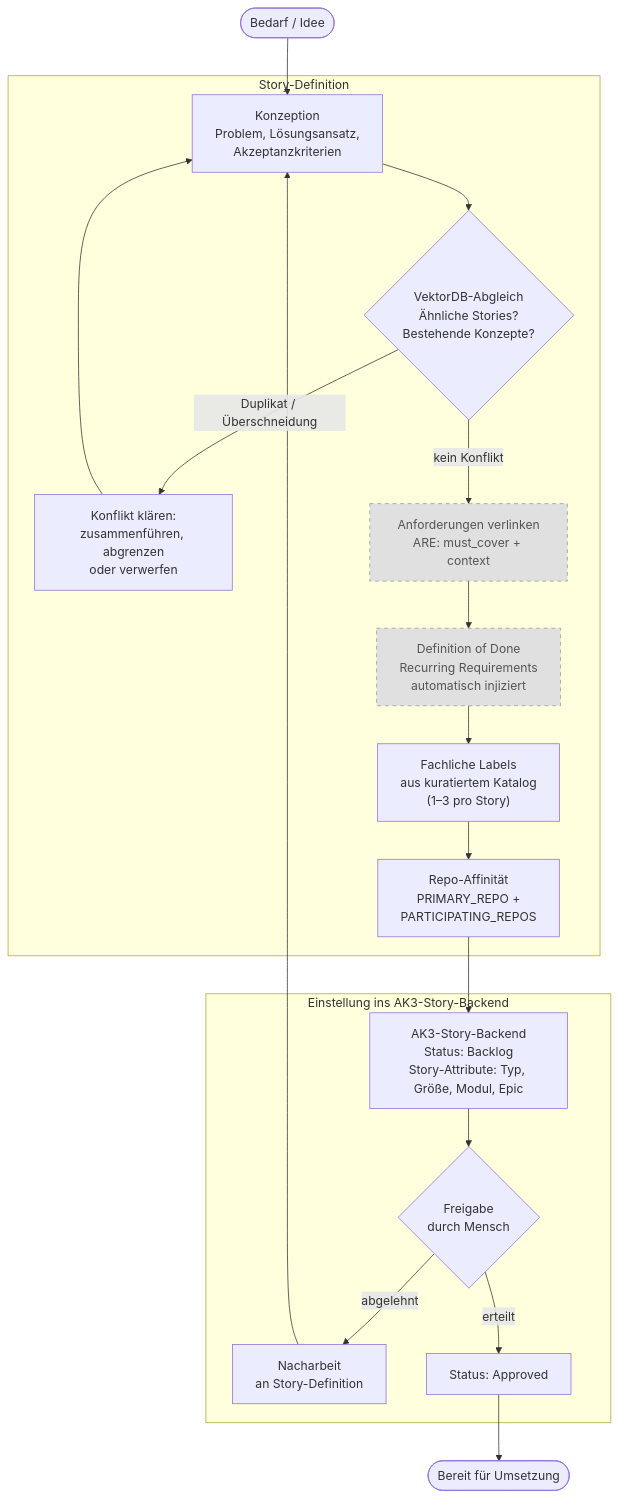
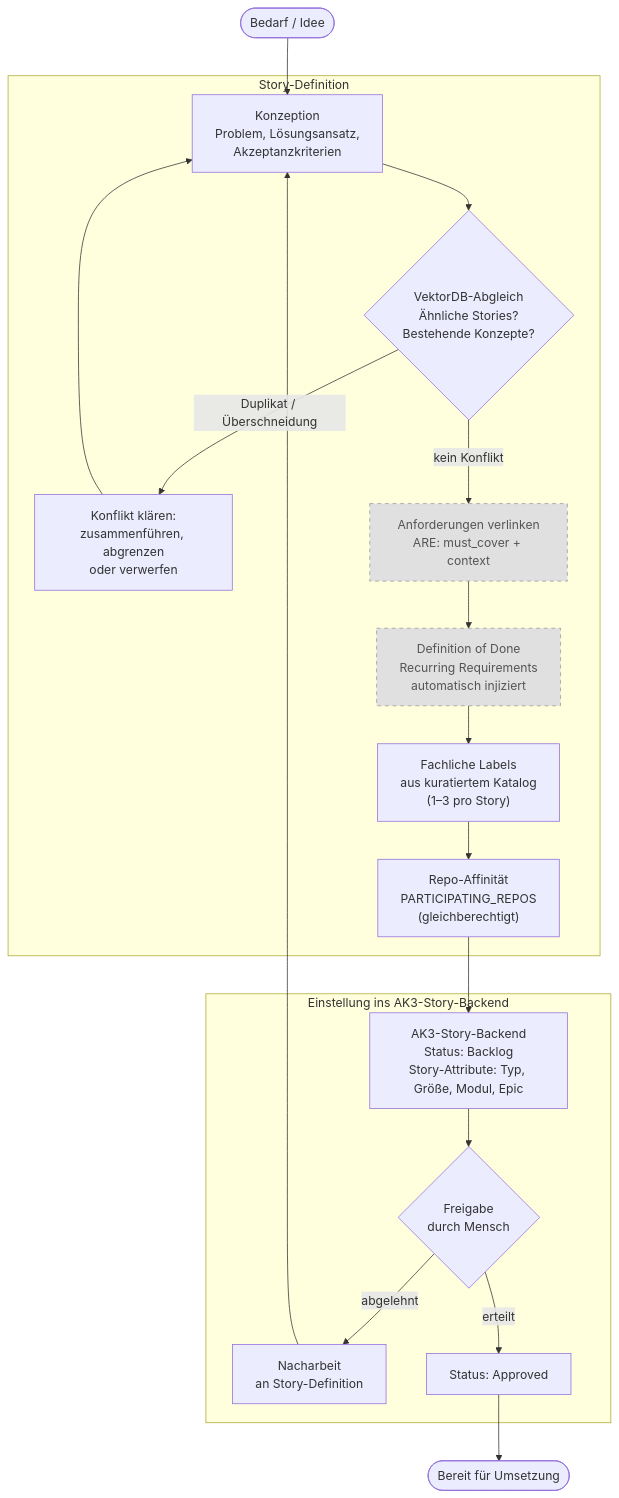
The diagram in concept/domain-design/10-story-lifecycle-und-erstellung.md (saltenhof/claude-agentkit3), drawn with Mermaid before and after one commit. The commit also changed other lines of this file and 11 other files, not shown here.

````diff
--- a/concept/domain-design/10-story-lifecycle-und-erstellung.md
+++ b/concept/domain-design/10-story-lifecycle-und-erstellung.md
@@ -90,30 +90,30 @@
 ```mermaid
 flowchart TD
     classDef optional fill:#e0e0e0,stroke:#999,stroke-dasharray: 5 5,color:#555
 
     TRIGGER([Bedarf / Idee]) --> KONZEPT
 
     subgraph DEFINITION [Story-Definition]
         KONZEPT["Konzeption<br/>Problem, Lösungsansatz,<br/>Akzeptanzkriterien"]
         KONZEPT --> VEKTORDB{"VektorDB-Abgleich<br/>Ähnliche Stories?<br/>Bestehende Konzepte?"}
         VEKTORDB -->|Duplikat / Überschneidung| REVIEW_CONFLICT["Konflikt klären:<br/>zusammenführen, abgrenzen<br/>oder verwerfen"]
         REVIEW_CONFLICT --> KONZEPT
         VEKTORDB -->|kein Konflikt| ANFORDERUNGEN
         ANFORDERUNGEN["Anforderungen verlinken<br/>ARE: must_cover + context"]:::optional
         ANFORDERUNGEN --> DOD["Definition of Done<br/>Recurring Requirements<br/>automatisch injiziert"]:::optional
         DOD --> LABELS["Fachliche Labels<br/>aus kuratiertem Katalog<br/>(1–3 pro Story)"]
-        LABELS --> REPO_AFF["Repo-Affinität<br/>PRIMARY_REPO +<br/>PARTICIPATING_REPOS"]
+        LABELS --> REPO_AFF["Repo-Affinität<br/>PARTICIPATING_REPOS<br/>(gleichberechtigt)"]
     end
 
     REPO_AFF --> PROJECT
 
     subgraph EINSTELLUNG [Einstellung ins AK3-Story-Backend]
         PROJECT["AK3-Story-Backend<br/>Status: Backlog<br/>Story-Attribute: Typ, Größe, Modul, Epic"]
         PROJECT --> FREIGABE{"Freigabe<br/>durch Mensch"}
         FREIGABE -->|abgelehnt| REWORK["Nacharbeit<br/>an Story-Definition"]
         REWORK --> KONZEPT
         FREIGABE -->|erteilt| APPROVED["Status: Approved"]
     end
 
     APPROVED --> READY([Bereit für Umsetzung])
 ```
````
